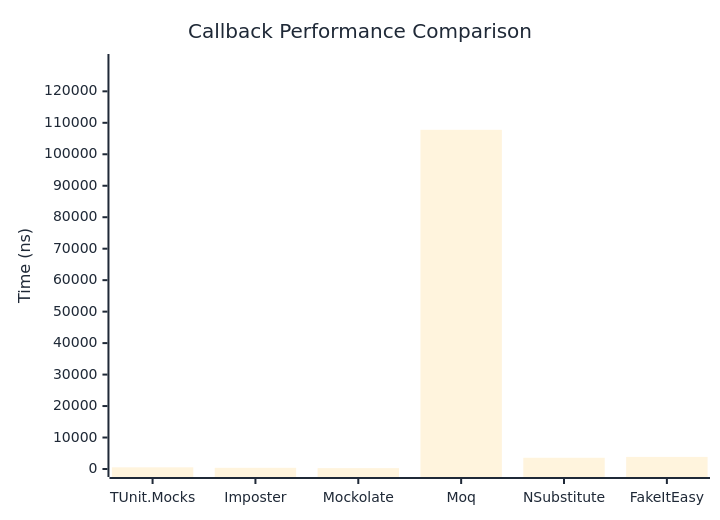
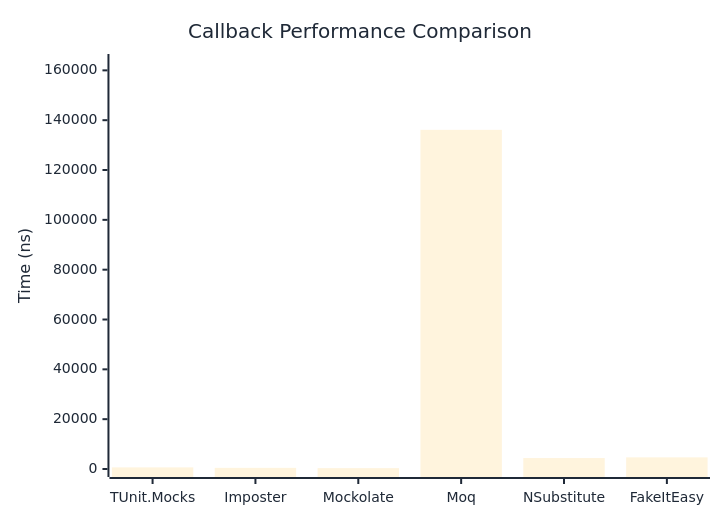
The first of 2 diagrams in docs/docs/benchmarks/mocks/Callback.md (thomhurst/TUnit), drawn with Mermaid before and after one commit. The commit also changed other lines of this file and 14 other files, not shown here.

````diff
--- a/docs/docs/benchmarks/mocks/Callback.md
+++ b/docs/docs/benchmarks/mocks/Callback.md
@@ -30,27 +30,27 @@
 ```mermaid
 %%{init: {
   'theme':'base',
   'themeVariables': {
     'primaryColor': '#2563eb',
     'primaryTextColor': '#1f2937',
     'primaryBorderColor': '#1e40af',
     'lineColor': '#6b7280',
     'secondaryColor': '#7c3aed',
     'tertiaryColor': '#dc2626',
     'background': '#ffffff',
     'pie1': '#2563eb',
     'pie2': '#7c3aed',
     'pie3': '#dc2626',
     'pie4': '#f59e0b',
     'pie5': '#10b981',
     'pie6': '#06b6d4',
     'pie7': '#ec4899',
     'pie8': '#6366f1'
   }
 }}%%
 xychart-beta
   title "Callback Performance Comparison"
   x-axis ["TUnit.Mocks", "Imposter", "Mockolate", "Moq", "NSubstitute", "FakeItEasy"]
-  y-axis "Time (ns)" 0 --> 129319
-  bar [530.4, 377.4, 276.4, 107765.8, 3567.7, 3843.5]
+  y-axis "Time (ns)" 0 --> 163356
+  bar [646.2, 458.2, 346.3, 136129.3, 4399, 4673.8]
 ```
````
